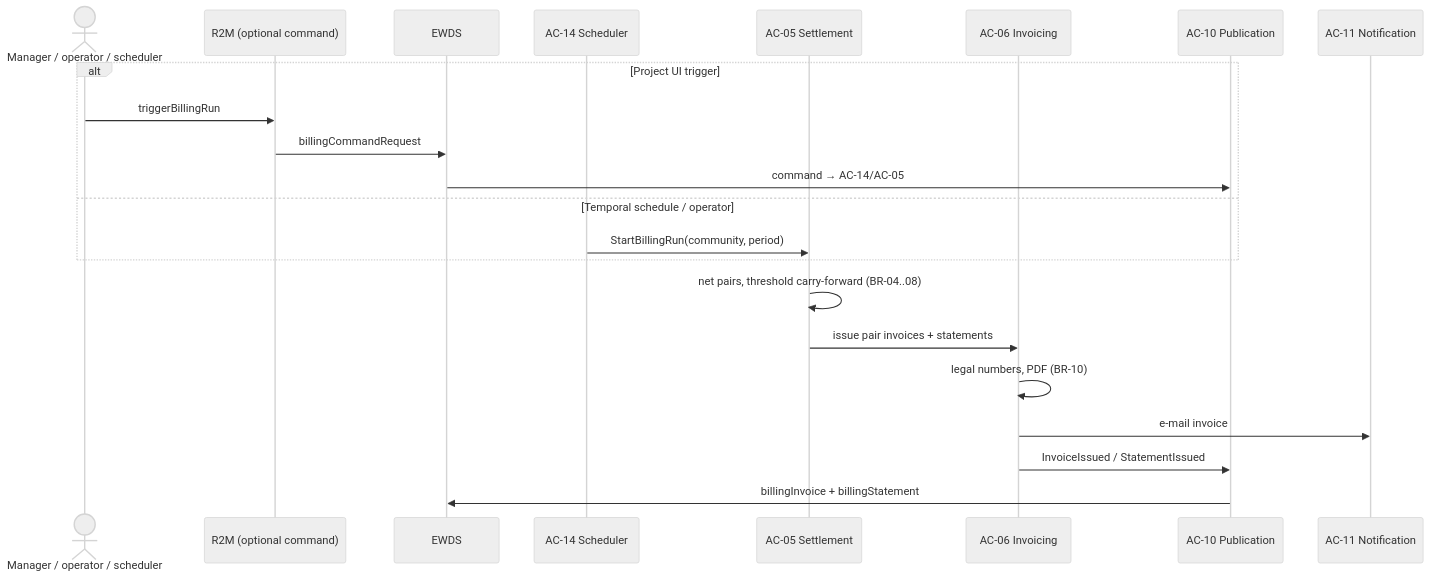
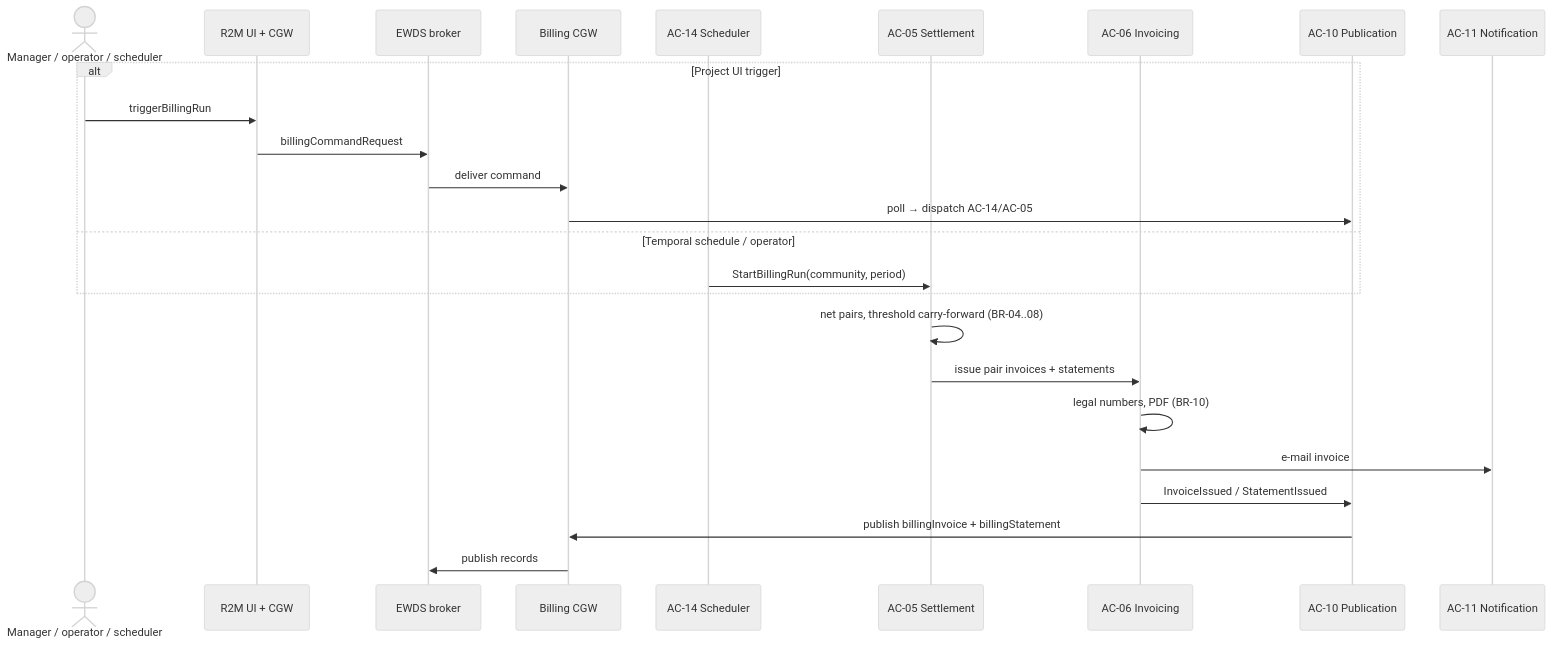
One commit to blooo-io/intelligent-eu-bps-source changed the seventh of 14 diagrams in docs/architecture/07-scenario-flows.md. Above: the diagram before and after it, drawn with Mermaid (neutral theme). The commit also changed other lines of this file, not shown here.

First line of the commit message:
docs(INT-450): show Billing CGW on every EWDS scenario flow (#224)

````diff
--- a/docs/architecture/07-scenario-flows.md
+++ b/docs/architecture/07-scenario-flows.md
@@ -169,24 +187,27 @@
 ```mermaid
 sequenceDiagram
   actor Op as Manager / operator / scheduler
-  participant R2M as R2M (optional command)
-  participant EWDS as EWDS
+  participant R2M as R2M UI + CGW
+  participant EWDS as EWDS broker
+  participant CGW as Billing CGW
   participant AC14 as AC-14 Scheduler
   participant AC05 as AC-05 Settlement
   participant AC06 as AC-06 Invoicing
   participant AC10 as AC-10 Publication
   participant AC11 as AC-11 Notification
   alt Project UI trigger
     Op->>R2M: triggerBillingRun
     R2M->>EWDS: billingCommandRequest
-    EWDS->>AC10: command → AC-14/AC-05
+    EWDS->>CGW: deliver command
+    CGW->>AC10: poll → dispatch AC-14/AC-05
   else Temporal schedule / operator
     AC14->>AC05: StartBillingRun(community, period)
   end
   AC05->>AC05: net pairs, threshold carry-forward (BR-04..08)
   AC05->>AC06: issue pair invoices + statements
   AC06->>AC06: legal numbers, PDF (BR-10)
   AC06->>AC11: e-mail invoice
   AC06->>AC10: InvoiceIssued / StatementIssued
-  AC10->>EWDS: billingInvoice + billingStatement
+  AC10->>CGW: publish billingInvoice + billingStatement
+  CGW->>EWDS: publish records
 ```
````
